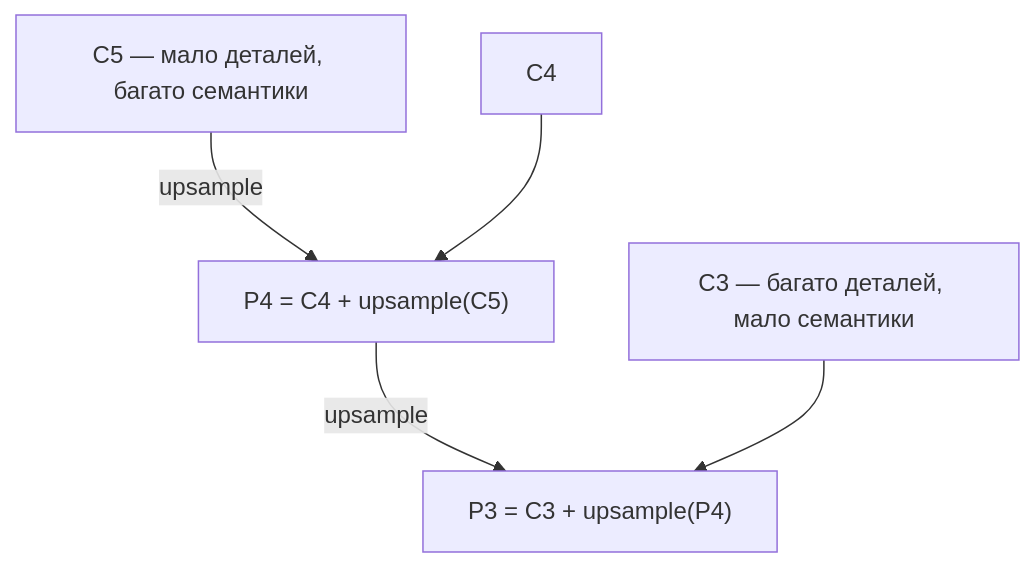
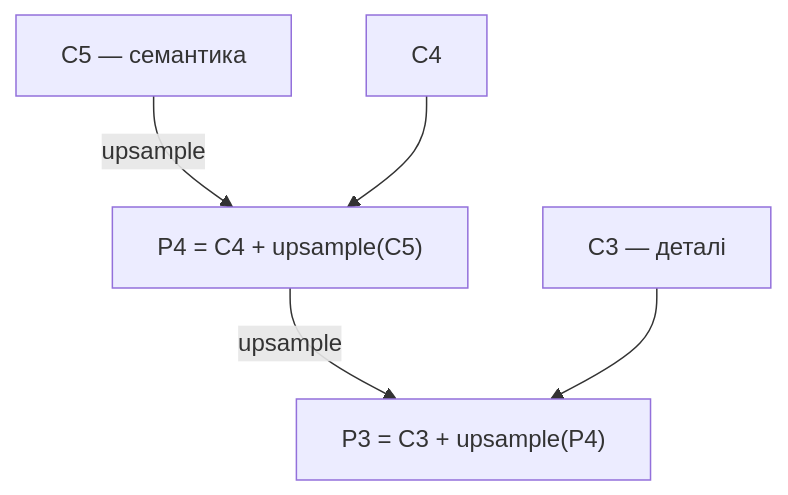
Before and after one commit to alisea-natan/aerial_vehicle_detection: the fifth of 5 diagrams in guides/unified_cv_ds_engineer_guide.md, drawn with Mermaid. The commit also changed other lines of this file, not shown here.

````diff
--- a/guides/unified_cv_ds_engineer_guide.md
+++ b/guides/unified_cv_ds_engineer_guide.md
@@ -582,7 +493,7 @@
 ```mermaid
 flowchart TD
-    C5["C5&nbsp;— мало деталей, багато семантики"] -->|upsample| M4["P4 = C4 + upsample(C5)"]
+    C5["C5 — семантика"] -->|upsample| M4["P4 = C4 + upsample(C5)"]
     C4["C4"] --> M4
     M4 -->|upsample| M3["P3 = C3 + upsample(P4)"]
-    C3["C3&nbsp;— багато деталей, мало семантики"] --> M3
+    C3["C3 — деталі"] --> M3
 ```
````
